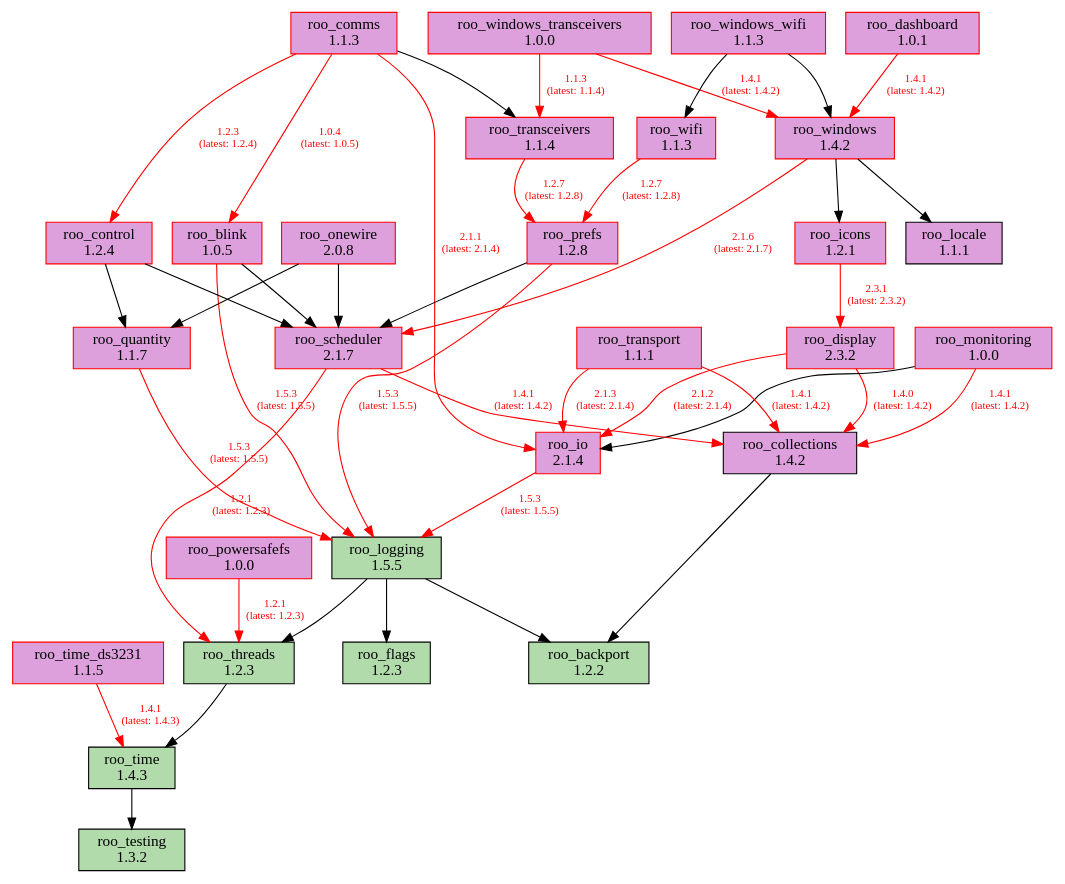
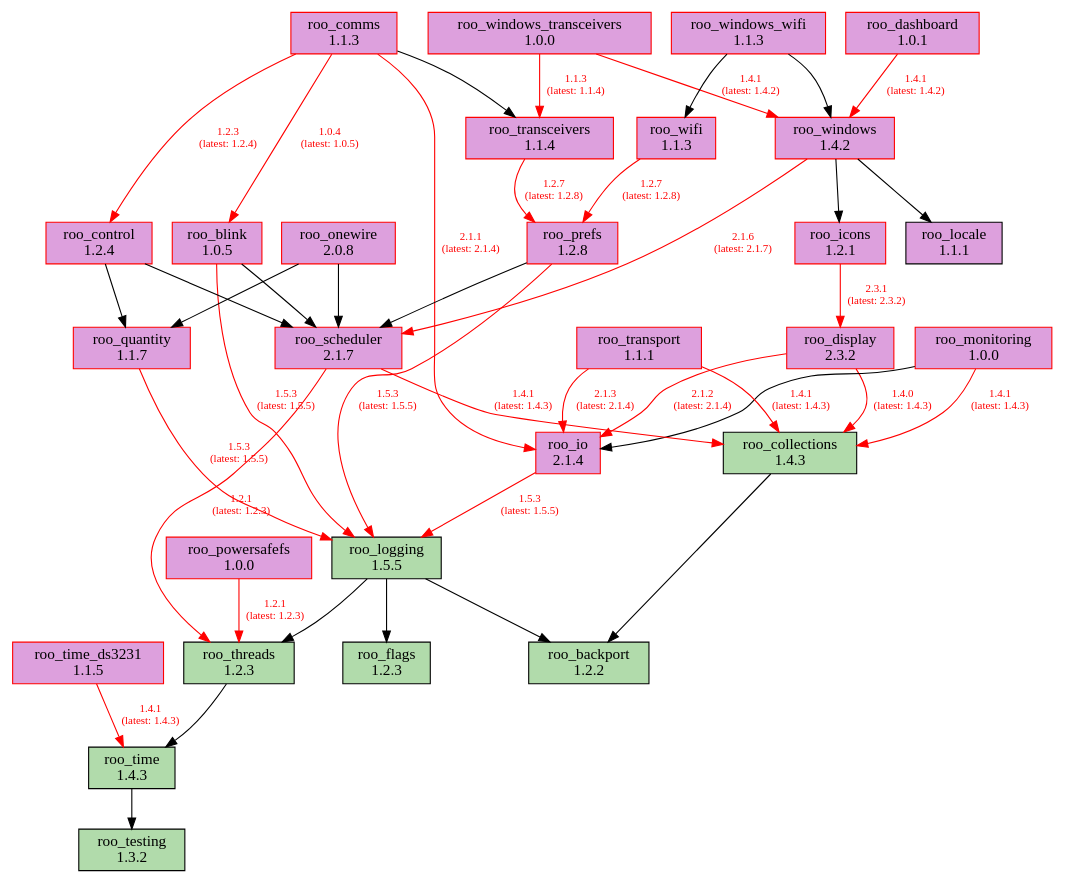
The diagram in doc/dependencies.dot (dejwk/roo-registry), drawn with Graphviz before and after one commit. The commit also changed 3 other files, not shown here.

Commit message:
Added roo_collections 1.4.3 to the registry.

```diff
--- a/doc/dependencies.dot
+++ b/doc/dependencies.dot
@@ -1,78 +1,78 @@
 digraph dependencies {
     rankdir=TB;
     node [shape=box, style=filled];
     edge [fontsize=10];
 
     // Modules
     "roo_backport" [label="roo_backport\n1.2.2", fillcolor="#b1dbab", color="black"];
     "roo_blink" [label="roo_blink\n1.0.5", fillcolor="plum", color="red"];
-    "roo_collections" [label="roo_collections\n1.4.2", fillcolor="plum", color="black"];
+    "roo_collections" [label="roo_collections\n1.4.3", fillcolor="#b1dbab", color="black"];
     "roo_comms" [label="roo_comms\n1.1.3", fillcolor="plum", color="red"];
     "roo_control" [label="roo_control\n1.2.4", fillcolor="plum", color="red"];
     "roo_dashboard" [label="roo_dashboard\n1.0.1", fillcolor="plum", color="red"];
     "roo_display" [label="roo_display\n2.3.2", fillcolor="plum", color="red"];
     "roo_flags" [label="roo_flags\n1.2.3", fillcolor="#b1dbab", color="black"];
     "roo_icons" [label="roo_icons\n1.2.1", fillcolor="plum", color="red"];
     "roo_io" [label="roo_io\n2.1.4", fillcolor="plum", color="red"];
     "roo_locale" [label="roo_locale\n1.1.1", fillcolor="plum", color="black"];
     "roo_logging" [label="roo_logging\n1.5.5", fillcolor="#b1dbab", color="black"];
     "roo_monitoring" [label="roo_monitoring\n1.0.0", fillcolor="plum", color="red"];
     "roo_onewire" [label="roo_onewire\n2.0.8", fillcolor="plum", color="red"];
     "roo_powersafefs" [label="roo_powersafefs\n1.0.0", fillcolor="plum", color="red"];
     "roo_prefs" [label="roo_prefs\n1.2.8", fillcolor="plum", color="red"];
     "roo_quantity" [label="roo_quantity\n1.1.7", fillcolor="plum", color="red"];
     "roo_scheduler" [label="roo_scheduler\n2.1.7", fillcolor="plum", color="red"];
     "roo_testing" [label="roo_testing\n1.3.2", fillcolor="#b1dbab", color="black"];
     "roo_threads" [label="roo_threads\n1.2.3", fillcolor="#b1dbab", color="black"];
     "roo_time" [label="roo_time\n1.4.3", fillcolor="#b1dbab", color="black"];
     "roo_time_ds3231" [label="roo_time_ds3231\n1.1.5", fillcolor="plum", color="red"];
     "roo_transceivers" [label="roo_transceivers\n1.1.4", fillcolor="plum", color="red"];
     "roo_transport" [label="roo_transport\n1.1.1", fillcolor="plum", color="red"];
     "roo_wifi" [label="roo_wifi\n1.1.3", fillcolor="plum", color="red"];
     "roo_windows" [label="roo_windows\n1.4.2", fillcolor="plum", color="red"];
     "roo_windows_transceivers" [label="roo_windows_transceivers\n1.0.0", fillcolor="plum", color="red"];
     "roo_windows_wifi" [label="roo_windows_wifi\n1.1.3", fillcolor="plum", color="red"];
 
     // Dependencies
     "roo_blink" -> "roo_logging" [color=red, fontcolor=red, label="1.5.3\n(latest: 1.5.5)"];
     "roo_blink" -> "roo_scheduler";
     "roo_collections" -> "roo_backport";
     "roo_comms" -> "roo_blink" [color=red, fontcolor=red, label="1.0.4\n(latest: 1.0.5)"];
     "roo_comms" -> "roo_control" [color=red, fontcolor=red, label="1.2.3\n(latest: 1.2.4)"];
     "roo_comms" -> "roo_io" [color=red, fontcolor=red, label="2.1.1\n(latest: 2.1.4)"];
     "roo_comms" -> "roo_transceivers";
     "roo_control" -> "roo_quantity";
     "roo_control" -> "roo_scheduler";
     "roo_dashboard" -> "roo_windows" [color=red, fontcolor=red, label="1.4.1\n(latest: 1.4.2)"];
-    "roo_display" -> "roo_collections" [color=red, fontcolor=red, label="1.4.0\n(latest: 1.4.2)"];
+    "roo_display" -> "roo_collections" [color=red, fontcolor=red, label="1.4.0\n(latest: 1.4.3)"];
     "roo_display" -> "roo_io" [color=red, fontcolor=red, label="2.1.2\n(latest: 2.1.4)"];
     "roo_icons" -> "roo_display" [color=red, fontcolor=red, label="2.3.1\n(latest: 2.3.2)"];
     "roo_io" -> "roo_logging" [color=red, fontcolor=red, label="1.5.3\n(latest: 1.5.5)"];
     "roo_logging" -> "roo_backport";
     "roo_logging" -> "roo_flags";
     "roo_logging" -> "roo_threads";
-    "roo_monitoring" -> "roo_collections" [color=red, fontcolor=red, label="1.4.1\n(latest: 1.4.2)"];
+    "roo_monitoring" -> "roo_collections" [color=red, fontcolor=red, label="1.4.1\n(latest: 1.4.3)"];
     "roo_monitoring" -> "roo_io";
     "roo_onewire" -> "roo_scheduler";
     "roo_onewire" -> "roo_quantity";
     "roo_powersafefs" -> "roo_threads" [color=red, fontcolor=red, label="1.2.1\n(latest: 1.2.3)"];
     "roo_prefs" -> "roo_logging" [color=red, fontcolor=red, label="1.5.3\n(latest: 1.5.5)"];
     "roo_prefs" -> "roo_scheduler";
     "roo_quantity" -> "roo_logging" [color=red, fontcolor=red, label="1.5.3\n(latest: 1.5.5)"];
-    "roo_scheduler" -> "roo_collections" [color=red, fontcolor=red, label="1.4.1\n(latest: 1.4.2)"];
+    "roo_scheduler" -> "roo_collections" [color=red, fontcolor=red, label="1.4.1\n(latest: 1.4.3)"];
     "roo_scheduler" -> "roo_threads" [color=red, fontcolor=red, label="1.2.1\n(latest: 1.2.3)"];
     "roo_threads" -> "roo_time";
     "roo_time" -> "roo_testing";
     "roo_time_ds3231" -> "roo_time" [color=red, fontcolor=red, label="1.4.1\n(latest: 1.4.3)"];
     "roo_transceivers" -> "roo_prefs" [color=red, fontcolor=red, label="1.2.7\n(latest: 1.2.8)"];
-    "roo_transport" -> "roo_collections" [color=red, fontcolor=red, label="1.4.1\n(latest: 1.4.2)"];
+    "roo_transport" -> "roo_collections" [color=red, fontcolor=red, label="1.4.1\n(latest: 1.4.3)"];
     "roo_transport" -> "roo_io" [color=red, fontcolor=red, label="2.1.3\n(latest: 2.1.4)"];
     "roo_wifi" -> "roo_prefs" [color=red, fontcolor=red, label="1.2.7\n(latest: 1.2.8)"];
     "roo_windows" -> "roo_locale";
     "roo_windows" -> "roo_icons";
     "roo_windows" -> "roo_scheduler" [color=red, fontcolor=red, label="2.1.6\n(latest: 2.1.7)"];
     "roo_windows_transceivers" -> "roo_transceivers" [color=red, fontcolor=red, label="1.1.3\n(latest: 1.1.4)"];
     "roo_windows_transceivers" -> "roo_windows" [color=red, fontcolor=red, label="1.4.1\n(latest: 1.4.2)"];
     "roo_windows_wifi" -> "roo_wifi";
     "roo_windows_wifi" -> "roo_windows";
 }
```
